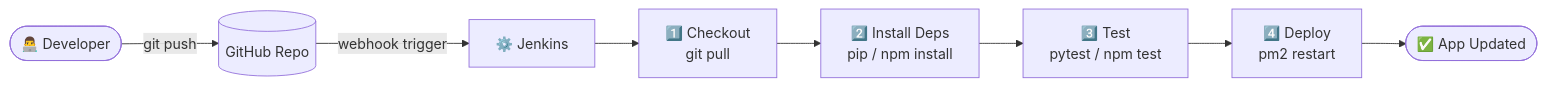
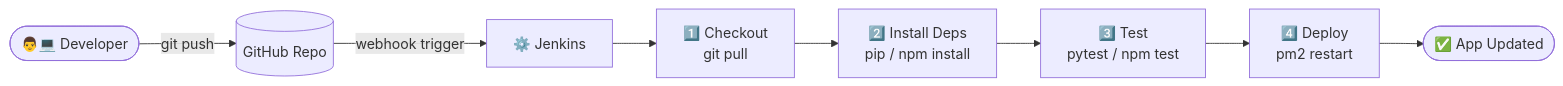
One commit to shubhmate/flask-express-cicd-jenkins-github-webhooks-aws-ec2 changed the second of 2 diagrams in README.md. Above: the diagram before and after it, drawn with Mermaid. The commit also changed other lines of this file and 2 other files, not shown here.

Commit message:
refactor: use checkout scm instead of hardcoded repo URL

````diff
--- a/README.md
+++ b/README.md
@@ -36,10 +37,10 @@
 ```mermaid
 flowchart LR
-    Dev([👨‍💻 Developer])-->|git push| GH[(GitHub Repo)]
+    Dev([👨💻 Developer])-->|git push| GH[(GitHub Repo)]
     GH -->|webhook trigger| J[⚙️ Jenkins]
     J --> S1["1️⃣ Checkout\ngit pull"]
     S1 --> S2["2️⃣ Install Deps\npip / npm install"]
     S2 --> S3["3️⃣ Test\npytest / npm test"]
     S3 --> S4["4️⃣ Deploy\npm2 restart"]
     S4 --> App(["✅ App Updated"])
 ```
````
